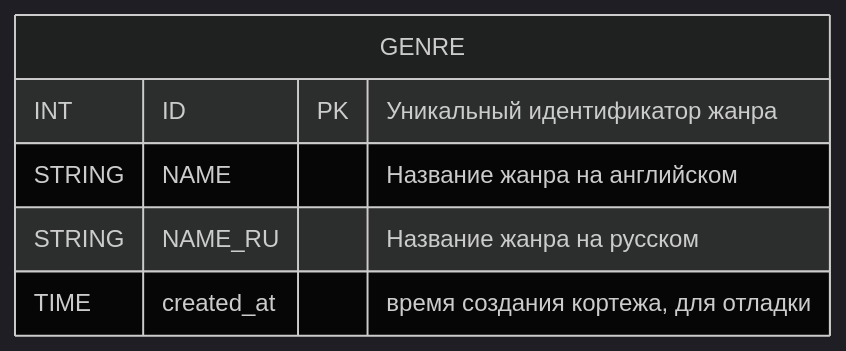
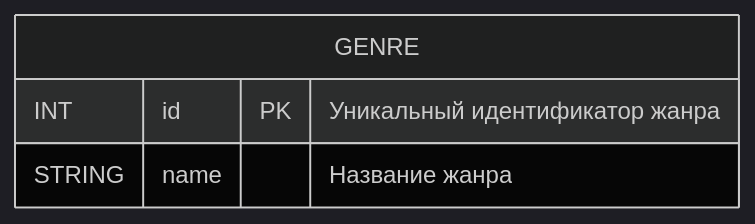
One commit to go-park-mail-ru/2024_1_Cyberkotletki changed the third of 15 diagrams in db/normalized/relations.md. Above: the diagram before and after it, drawn with Mermaid (dark theme). The commit also changed other lines of this file and 3 other files, not shown here.

````diff
--- a/db/normalized/relations.md
+++ b/db/normalized/relations.md
@@ -95,9 +65,7 @@
 ```mermaid
 erDiagram
     GENRE {
-        INT ID PK "Уникальный идентификатор жанра"
-        STRING NAME "Название жанра на английском"
-        STRING NAME_RU "Название жанра на русском"
-        TIME created_at "время создания кортежа, для отладки"
+        INT id PK "Уникальный идентификатор жанра"
+        STRING name "Название жанра"
     }
 ```
````
